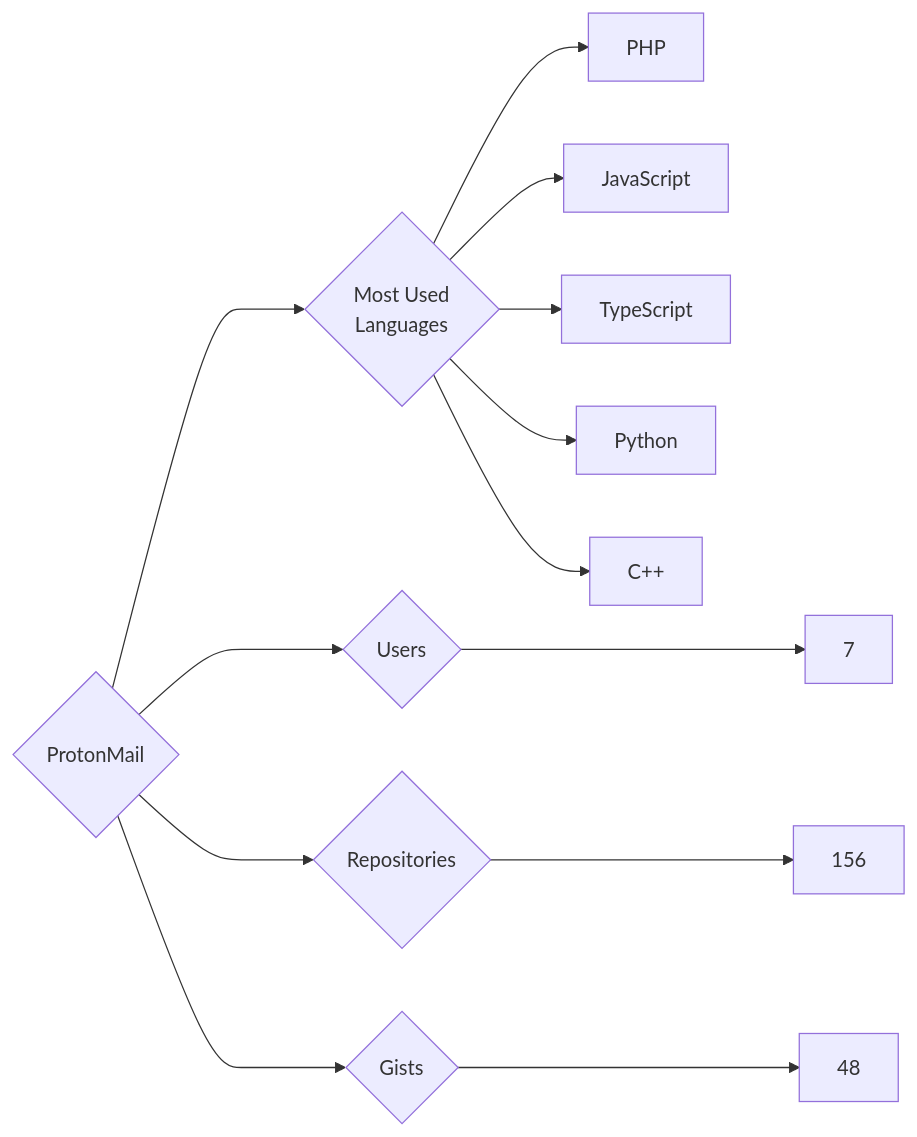
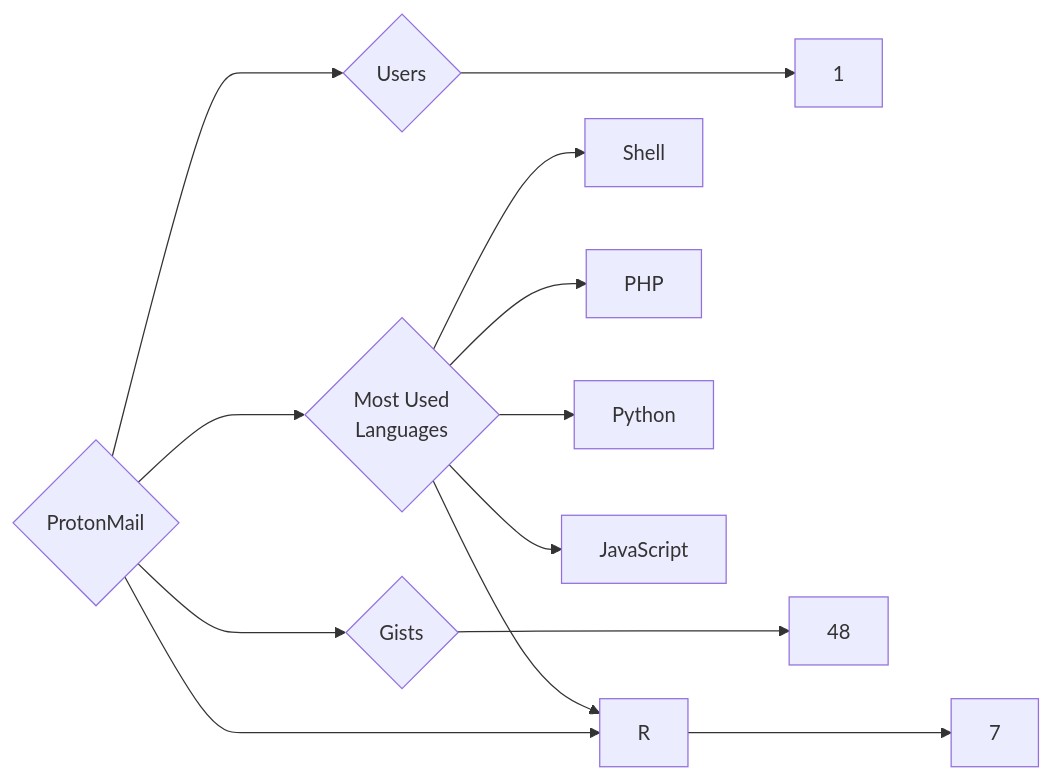
The diagram in targets/ProtonMail/README.md (trickest/insiders), drawn with Mermaid before and after one commit. The commit also changed 582 other files, not shown here.

````diff
--- a/targets/ProtonMail/README.md
+++ b/targets/ProtonMail/README.md
@@ -3,13 +3,13 @@
 ```mermaid
 graph LR
 COMPANY_NAME{ProtonMail}
-COMPANY_NAME ---> U{Users} ---> UN[7]
-COMPANY_NAME ---> R{Repositories} ---> RN[156]
+COMPANY_NAME ---> U{Users} ---> UN[1]
+COMPANY_NAME ---> R{Repositories} ---> RN[7]
 COMPANY_NAME ---> G{Gists} ---> GN[48]
 COMPANY_NAME ---> ML{Most Used<br>Languages}
+ML --> Shell[Shell]
 ML --> PHP[PHP]
+ML --> R[R]
+ML --> Python[Python]
 ML --> JavaScript[JavaScript]
-ML --> TypeScript[TypeScript]
-ML --> Python[Python]
-ML --> C++[C++]
 ```
````
